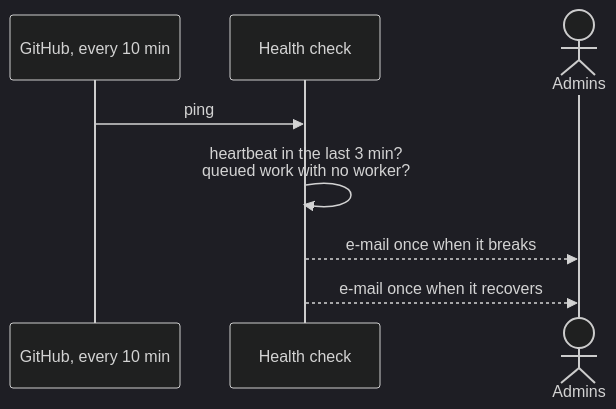
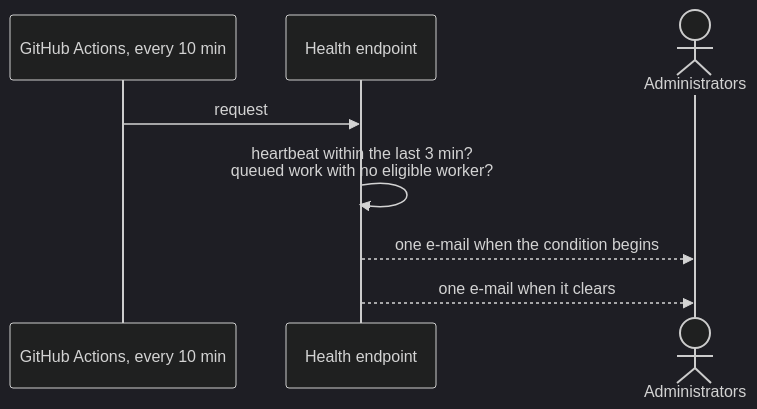
Before and after one commit to McMaster-Battery-Research-Group/battery-soc-benchmark: the second of 2 diagrams in docs/walkthrough/08-administration-and-monitoring.md, drawn with Mermaid (dark theme). The commit also changed other lines of this file and 22 other files, not shown here.

````diff
--- a/docs/walkthrough/08-administration-and-monitoring.md
+++ b/docs/walkthrough/08-administration-and-monitoring.md
@@ -45,10 +56,10 @@
 ```mermaid
 sequenceDiagram
-    participant G as GitHub, every 10 min
-    participant W as Health check
-    actor A as Admins
-    G->>W: ping
-    W->>W: heartbeat in the last 3 min?<br/>queued work with no worker?
-    W-->>A: e-mail once when it breaks
-    W-->>A: e-mail once when it recovers
+    participant G as GitHub Actions, every 10 min
+    participant W as Health endpoint
+    actor A as Administrators
+    G->>W: request
+    W->>W: heartbeat within the last 3 min?<br/>queued work with no eligible worker?
+    W-->>A: one e-mail when the condition begins
+    W-->>A: one e-mail when it clears
 ```
````
